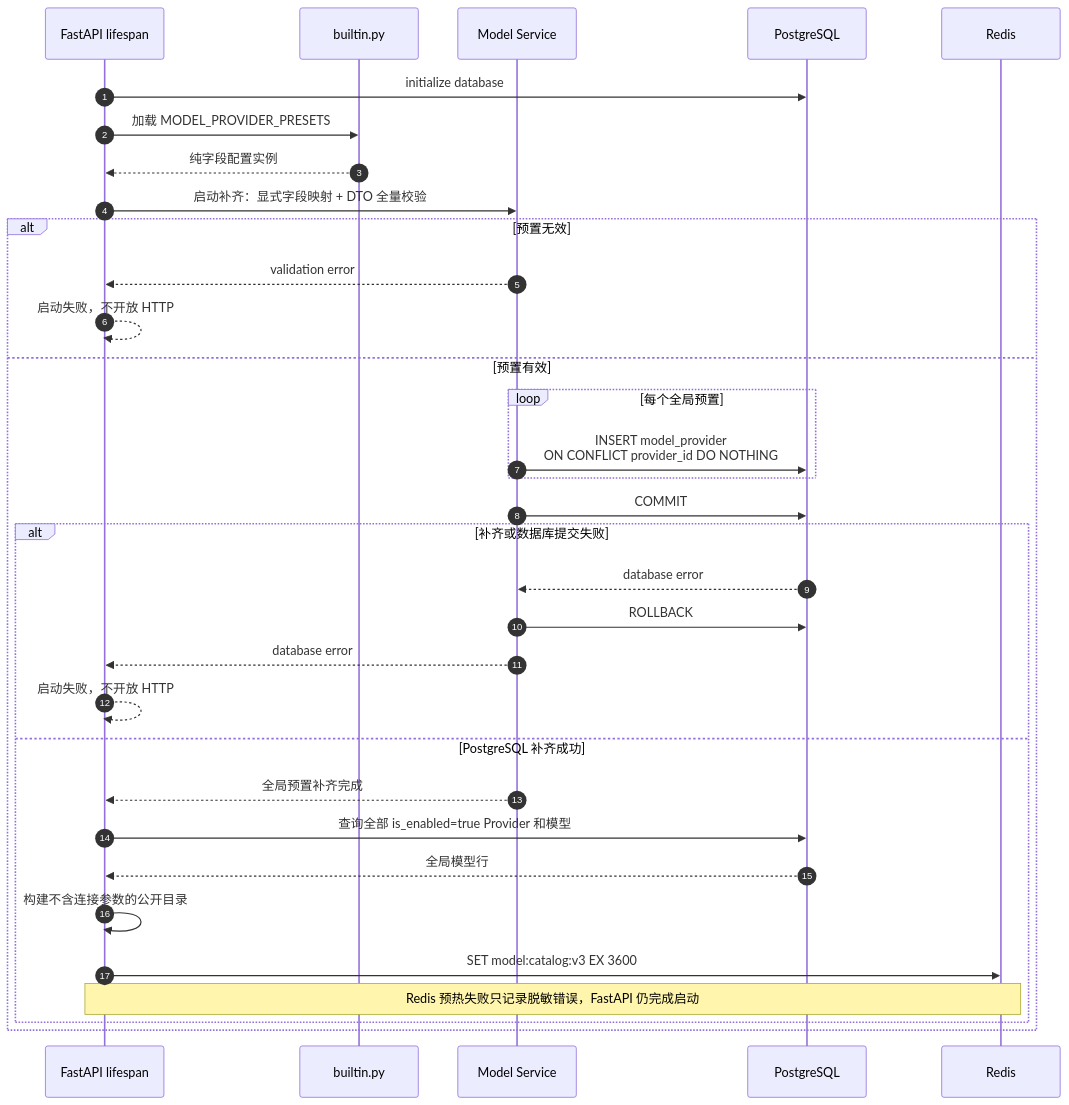
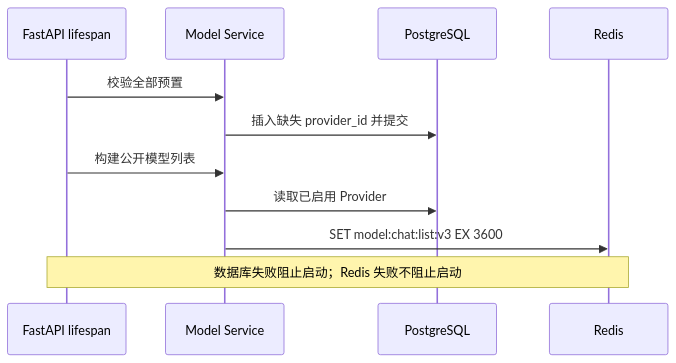
The second of 2 diagrams in docs/architecture/model-system.md (Agent-Multiverse-Lab/agent-stack), drawn with Mermaid before and after one commit. The commit also changed other lines of this file and 17 other files, not shown here.

````diff
--- a/docs/architecture/model-system.md
+++ b/docs/architecture/model-system.md
@@ -132,36 +66,14 @@
 ```mermaid
 sequenceDiagram
-    autonumber
     participant App as FastAPI lifespan
-    participant Builtin as builtin.py
     participant Service as Model Service
     participant DB as PostgreSQL
-    participant Redis as Redis
+    participant Redis
 
-    App->>DB: initialize database
-    App->>Builtin: 加载 MODEL_PROVIDER_PRESETS
-    Builtin-->>App: 纯字段配置实例
-    App->>Service: 启动补齐：显式字段映射 + DTO 全量校验
-    alt 预置无效
-        Service-->>App: validation error
-        App-->>App: 启动失败，不开放 HTTP
-    else 预置有效
-        loop 每个全局预置
-            Service->>DB: INSERT model_provider<br/>ON CONFLICT provider_id DO NOTHING
-        end
-        Service->>DB: COMMIT
-        alt 补齐或数据库提交失败
-            DB-->>Service: database error
-            Service->>DB: ROLLBACK
-            Service-->>App: database error
-            App-->>App: 启动失败，不开放 HTTP
-        else PostgreSQL 补齐成功
-            Service-->>App: 全局预置补齐完成
-            App->>DB: 查询全部 is_enabled=true Provider 和模型
-            DB-->>App: 全局模型行
-            App->>App: 构建不含连接参数的公开目录
-            App->>Redis: SET model:catalog:v3 EX 3600
-            Note over App,Redis: Redis 预热失败只记录脱敏错误，FastAPI 仍完成启动
-        end
-    end
+    App->>Service: 校验全部预置
+    Service->>DB: 插入缺失 provider_id 并提交
+    App->>Service: 构建公开模型列表
+    Service->>DB: 读取已启用 Provider
+    Service->>Redis: SET model:chat:list:v3 EX 3600
+    Note over App,Redis: 数据库失败阻止启动；Redis 失败不阻止启动
 ```
````
